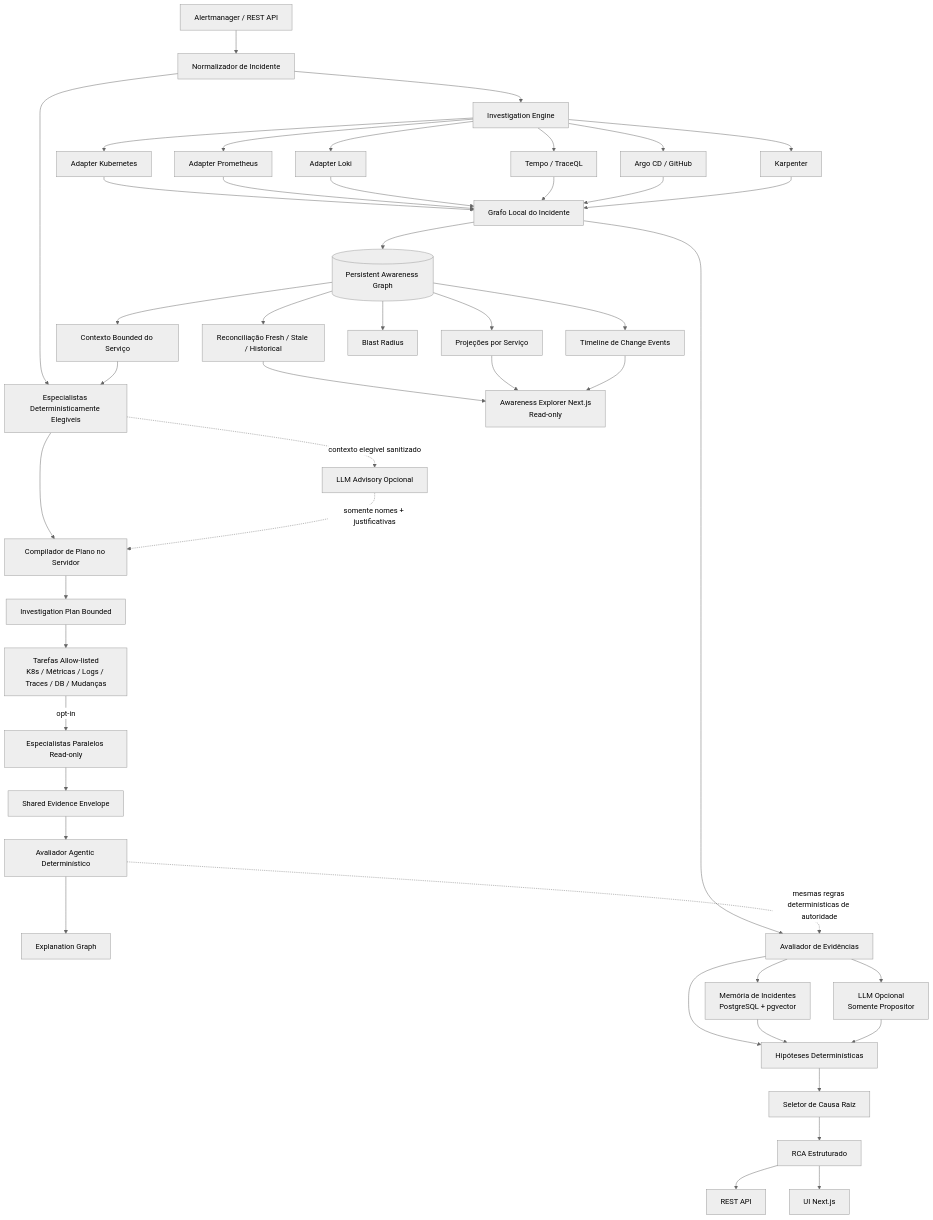
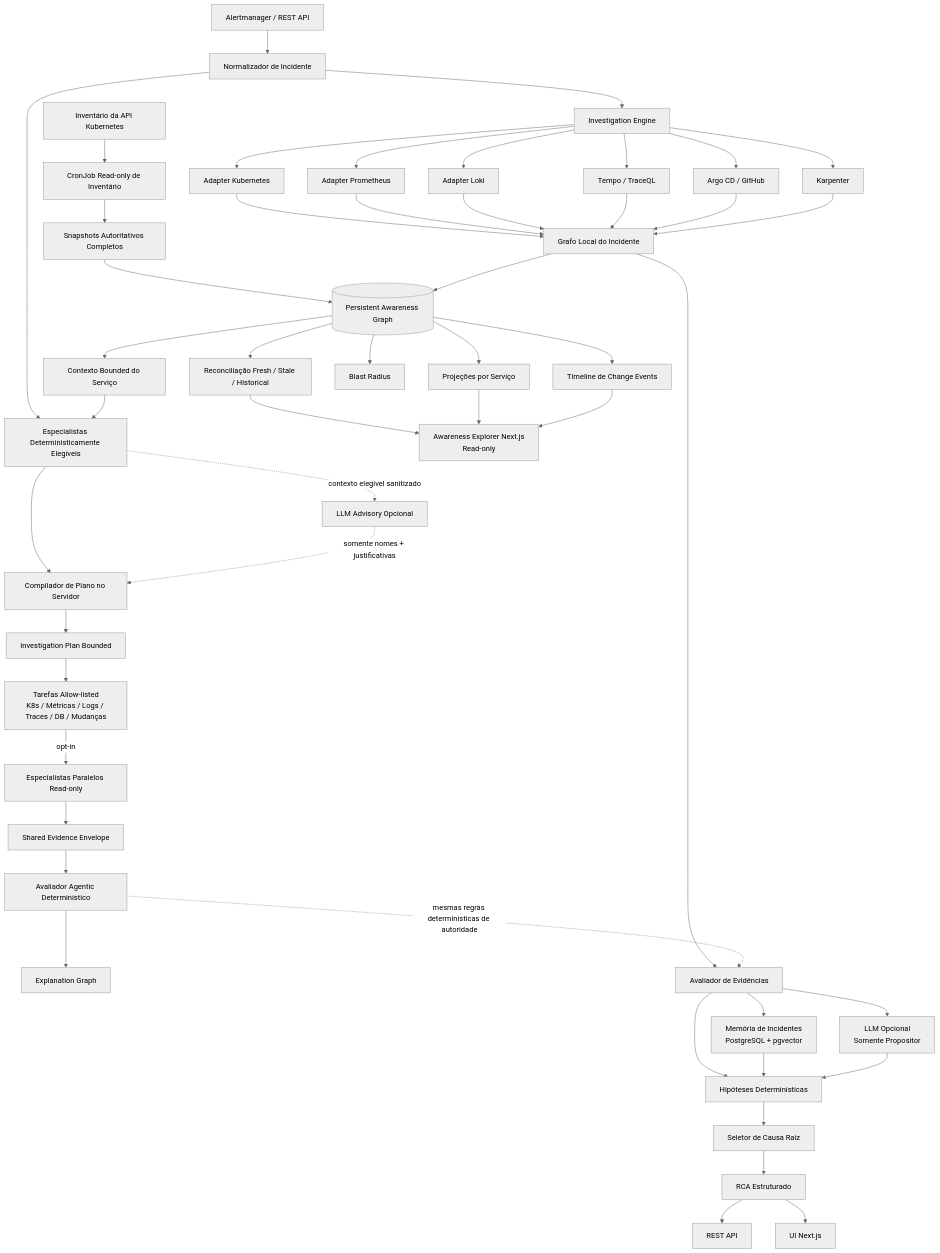
The first of 23 diagrams in docs/architecture.pt-BR.md (marcocristofolini/ai-sre-rca), drawn with Mermaid (neutral theme) before and after one commit. The commit also changed other lines of this file, not shown here.

Commit message:
docs: add automatic inventory architecture pt-br

````diff
--- a/docs/architecture.pt-BR.md
+++ b/docs/architecture.pt-BR.md
@@ -7,53 +7,56 @@
 ```mermaid
 flowchart TD
     A[Alertmanager / REST API] --> N[Normalizador de Incidente]
     N --> EL[Especialistas Deterministicamente Elegíveis]
     N --> I[Investigation Engine]
 
-    PAG[(Persistent Awareness Graph)] --> CTX[Contexto Bounded do Serviço]
+    KINV[Inventário da API Kubernetes] --> KCRON[CronJob Read-only de Inventário]
+    KCRON --> KSNAP[Snapshots Autoritativos Completos]
+    KSNAP --> PAG[(Persistent Awareness Graph)]
+    PAG --> CTX[Contexto Bounded do Serviço]
     CTX --> EL
     EL --> COMP[Compilador de Plano no Servidor]
     EL -. contexto elegível sanitizado .-> MPL[LLM Advisory Opcional]
     MPL -. somente nomes + justificativas .-> COMP
     COMP --> PLAN[Investigation Plan Bounded]
     PLAN --> PT[Tarefas Allow-listed<br/>K8s / Métricas / Logs / Traces / DB / Mudanças]
     PT -->|opt-in| ORCH[Especialistas Paralelos Read-only]
     ORCH --> SE[Shared Evidence Envelope]
     SE --> AE[Avaliador Agentic Determinístico]
     AE --> XG[Explanation Graph]
 
     I --> K[Adapter Kubernetes]
     I --> P[Adapter Prometheus]
     I --> L[Adapter Loki]
     I --> T[Tempo / TraceQL]
     I --> AR[Argo CD / GitHub]
     I --> KA[Karpenter]
 
     K --> LG[Grafo Local do Incidente]
     P --> LG
     L --> LG
     T --> LG
     AR --> LG
     KA --> LG
 
     LG --> EV[Avaliador de Evidências]
     AE -. mesmas regras determinísticas de autoridade .-> EV
     LG --> PAG
     PAG --> REC[Reconciliação Fresh / Stale / Historical]
     PAG --> SV[Projeções por Serviço]
     PAG --> BR[Blast Radius]
     PAG --> CE[Timeline de Change Events]
     REC --> AUI[Awareness Explorer Next.js<br/>Read-only]
     SV --> AUI
     CE --> AUI
 
     EV --> H[Hipóteses Determinísticas]
     EV --> MEM[Memória de Incidentes<br/>PostgreSQL + pgvector]
     EV --> LLM[LLM Opcional<br/>Somente Propositor]
     MEM --> H
     LLM --> H
     H --> RC[Seletor de Causa Raiz]
     RC --> RCA[RCA Estruturado]
     RCA --> API[REST API]
     RCA --> UI[UI Next.js]
 ```
````
